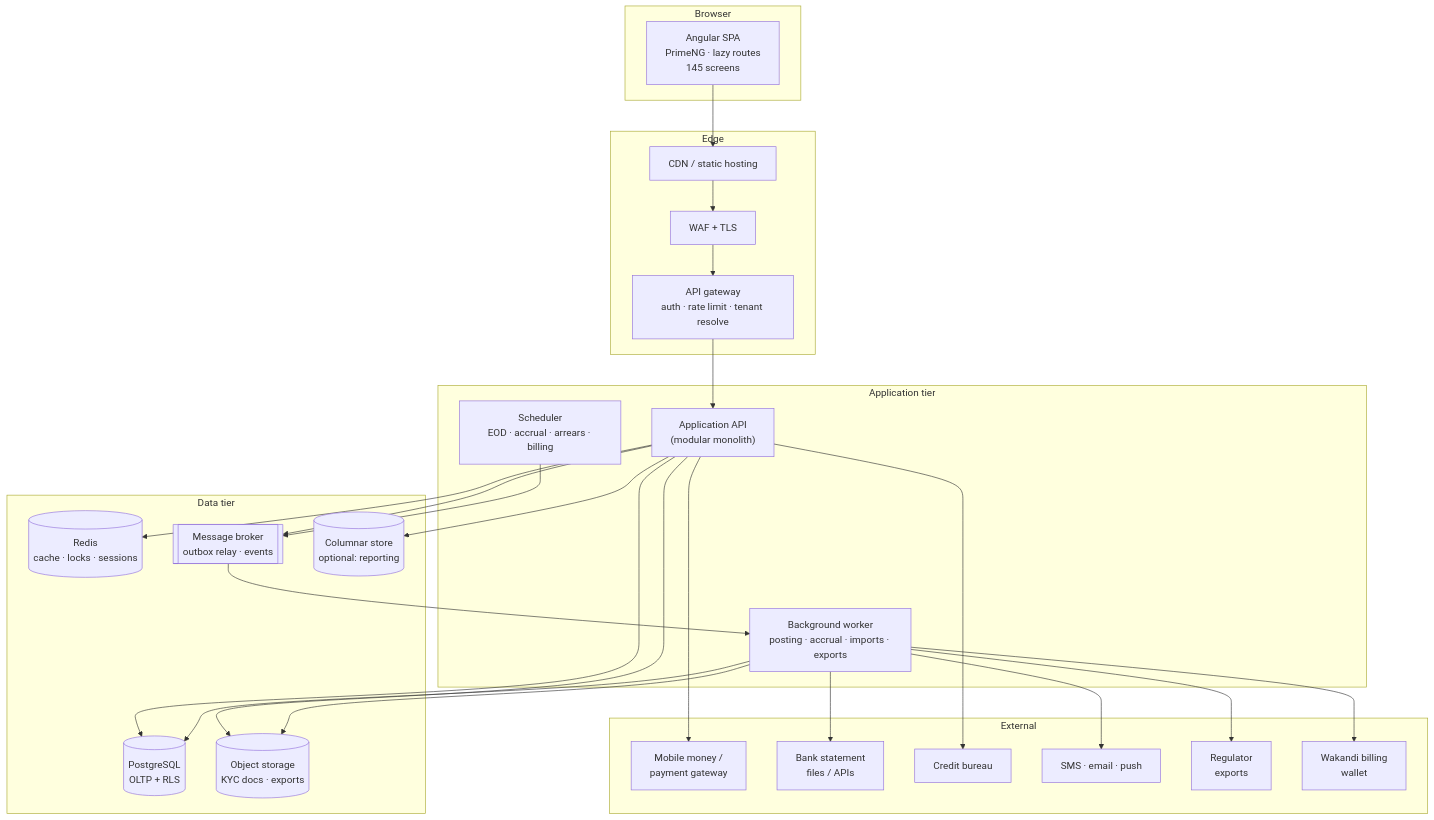
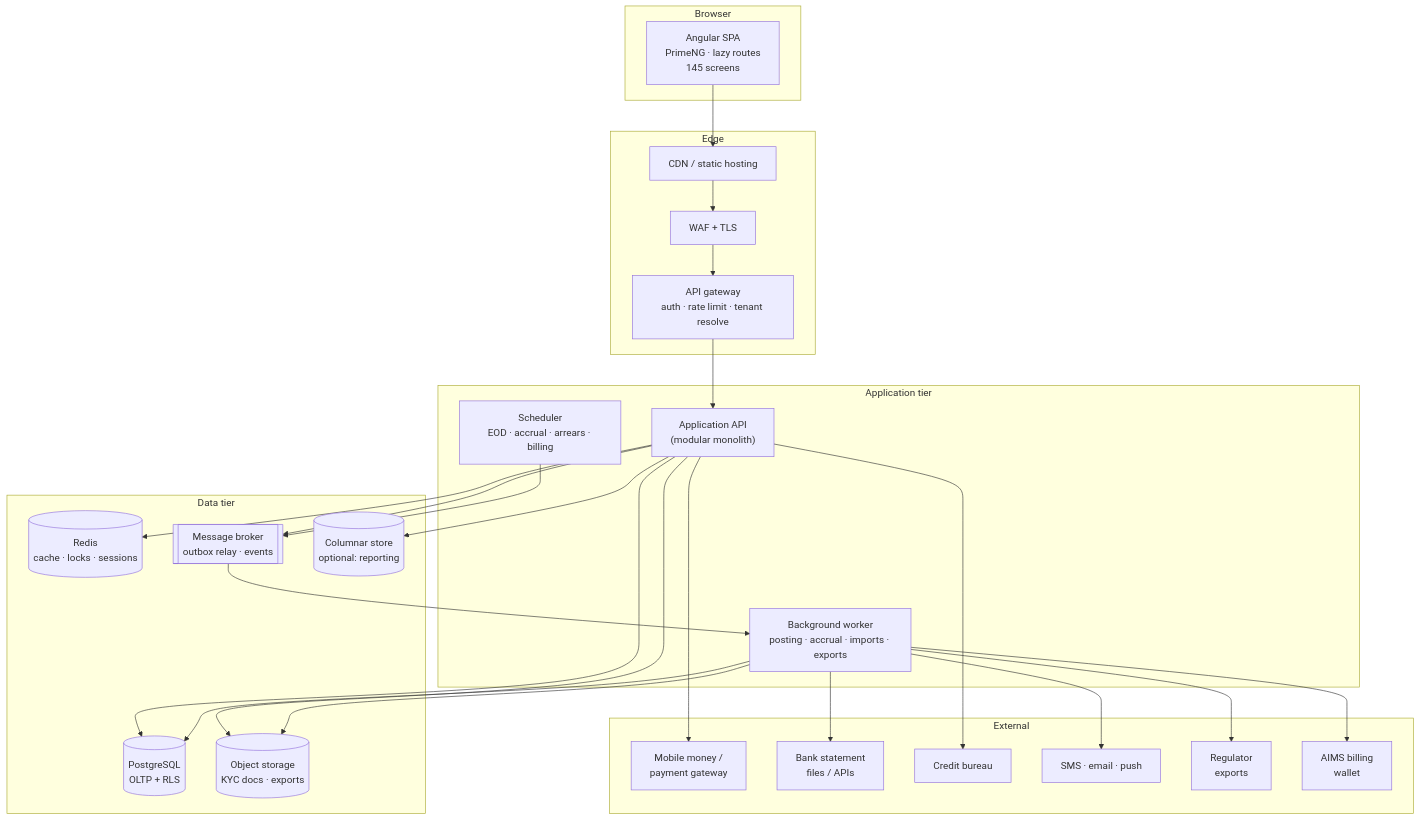
One commit to atilioobadia-cpu/aimscams changed the diagram in docs/04-architecture.md. Above: the diagram before and after it, drawn with Mermaid. The commit also changed other lines of this file and 8 other files, not shown here.

````diff
--- a/docs/04-architecture.md
+++ b/docs/04-architecture.md
@@ -87,52 +88,52 @@
 ```mermaid
 flowchart TB
     subgraph Client["Browser"]
         SPA["Angular SPA<br/>PrimeNG · lazy routes<br/>145 screens"]
     end
 
     subgraph Edge["Edge"]
         CDN["CDN / static hosting"]
         WAF["WAF + TLS"]
         GW["API gateway<br/>auth · rate limit · tenant resolve"]
     end
 
     subgraph App["Application tier"]
         API["Application API<br/>(modular monolith)"]
         WRK["Background worker<br/>posting · accrual · imports · exports"]
         SCH["Scheduler<br/>EOD · accrual · arrears · billing"]
     end
 
     subgraph Data["Data tier"]
         PG[("PostgreSQL<br/>OLTP + RLS")]
         REDIS[("Redis<br/>cache · locks · sessions")]
         OBJ[("Object storage<br/>KYC docs · exports")]
         MQ[["Message broker<br/>outbox relay · events"]]
         DWH[("Columnar store<br/>optional: reporting")]
     end
 
     subgraph Ext["External"]
         PSP["Mobile money /<br/>payment gateway"]
         BANK["Bank statement<br/>files / APIs"]
         CRB["Credit bureau"]
         SMS["SMS · email · push"]
         REG["Regulator<br/>exports"]
-        WBA["Wakandi billing<br/>wallet"]
+        WBA["AIMS billing<br/>wallet"]
     end
 
     SPA --> CDN --> WAF --> GW --> API
     API --> PG
     API --> REDIS
     API --> OBJ
     API --> MQ
     MQ --> WRK
     SCH --> MQ
     WRK --> PG
     WRK --> OBJ
     API --> DWH
     API --> PSP
     API --> CRB
     WRK --> SMS
     WRK --> WBA
     WRK --> BANK
     WRK --> REG
 ```
````
